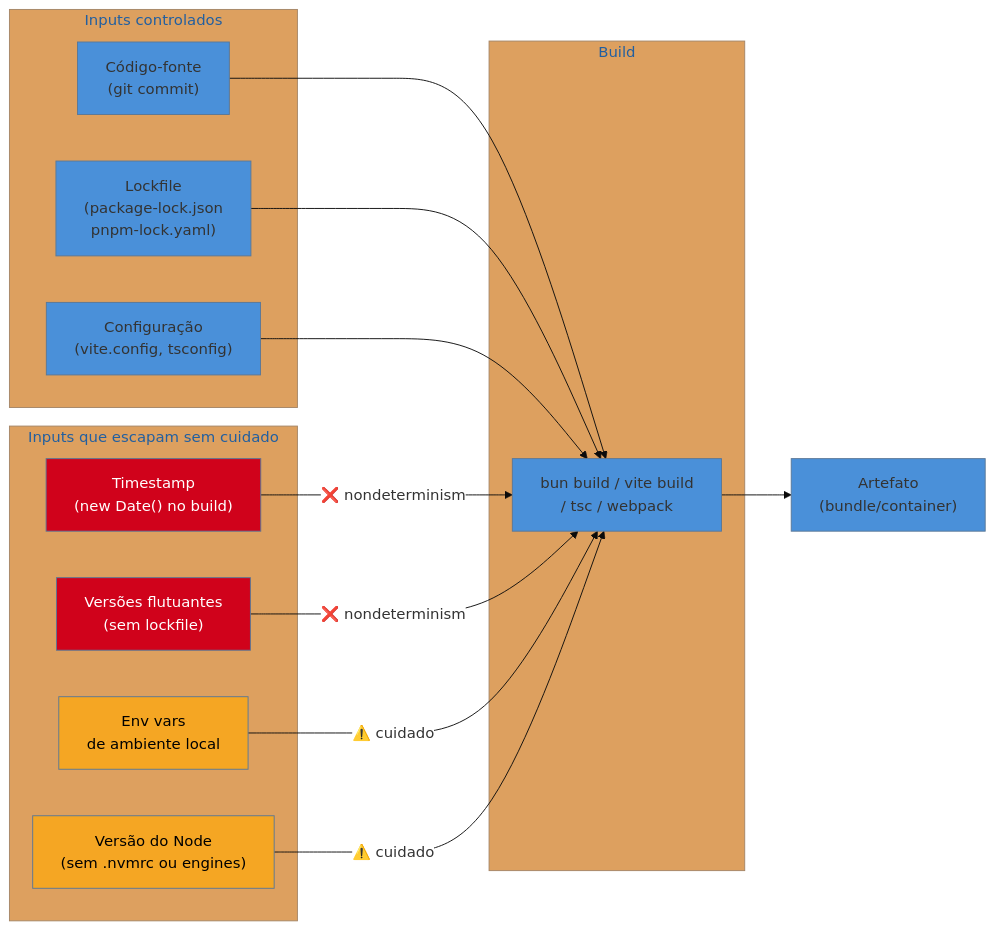
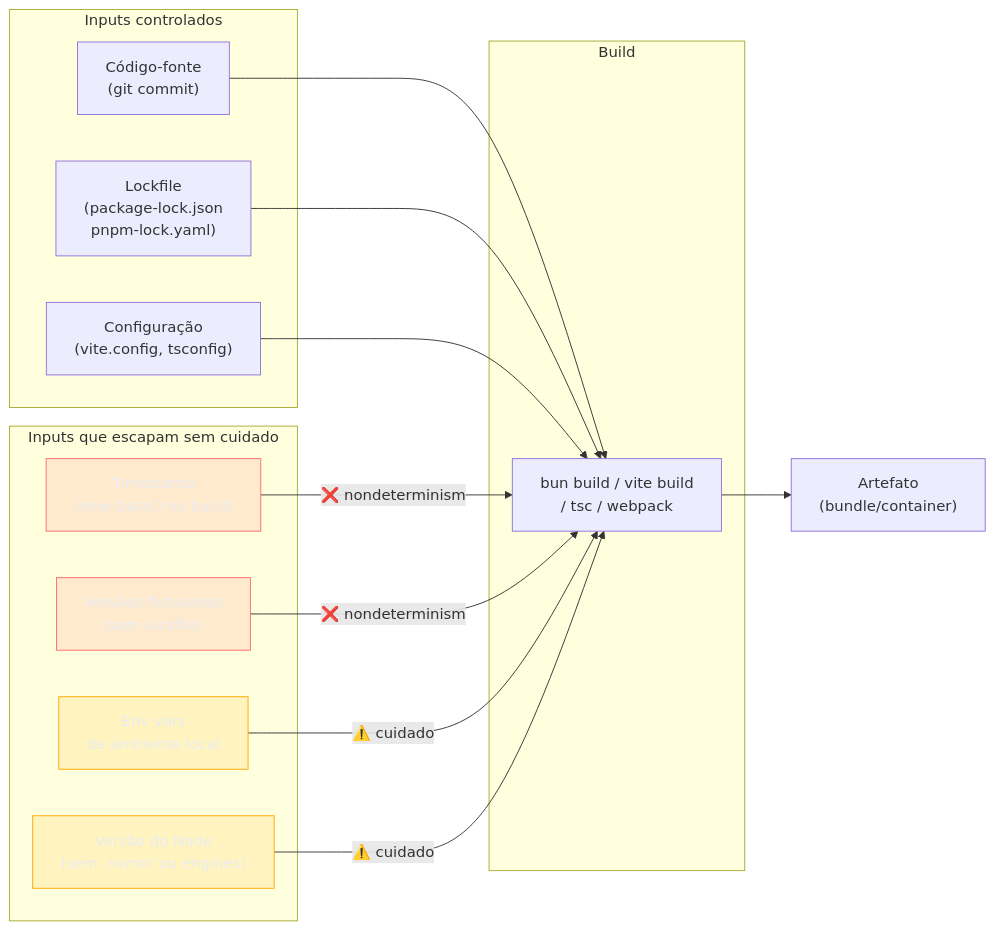
The first of 5 diagrams in 03-Dominios/Tecnologia/Tooling e Build/23 - Build em produção, CI e determinismo.md (josenaldo/codex-technomanticus), drawn with Mermaid before and after one commit. The commit also changed other lines of this file and 1181 other files, not shown here.

First line of the commit message:
fix(diagramas): paleta do sistema no lugar de cor cravada no markdown

````diff
--- a/03-Dominios/Tecnologia/Tooling e Build/23 - Build em produção, CI e determinismo.md
+++ b/03-Dominios/Tecnologia/Tooling e Build/23 - Build em produção, CI e determinismo.md
@@ -36,34 +36,35 @@
 ```mermaid
-%%{init: {"theme": "base", "themeVariables": {"primaryColor": "#4A90D9", "edgeLabelBackground": "#ffffff"}}}%%
 graph LR
+    classDef falha fill:#FF6B6B24,stroke:#FF6B6B,color:#E9ECF2
+    classDef destaque fill:#FFAA0024,stroke:#FFAA00,color:#E9ECF2
     subgraph "Inputs controlados"
         S["Código-fonte\n(git commit)"]
         L["Lockfile\n(package-lock.json\npnpm-lock.yaml)"]
         C["Configuração\n(vite.config, tsconfig)"]
     end
     subgraph "Inputs que escapam sem cuidado"
         TS["Timestamp\n(new Date() no build)"]
         V["Versões flutuantes\n(sem lockfile)"]
         E["Env vars\nde ambiente local"]
         NV["Versão do Node\n(sem .nvmrc ou engines)"]
     end
 
     subgraph "Build"
         B["bun build / vite build\n/ tsc / webpack"]
     end
 
     S --> B
     L --> B
     C --> B
     TS -->|"❌ nondeterminism"| B
     V -->|"❌ nondeterminism"| B
     E -->|"⚠️ cuidado"| B
     NV -->|"⚠️ cuidado"| B
 
     B --> A["Artefato\n(bundle/container)"]
 
-    style TS fill:#D0021B,color:#fff
-    style V fill:#D0021B,color:#fff
-    style E fill:#F5A623,color:#000
-    style NV fill:#F5A623,color:#000
+    class TS falha
+    class V falha
+    class E destaque
+    class NV destaque
 ```
````
